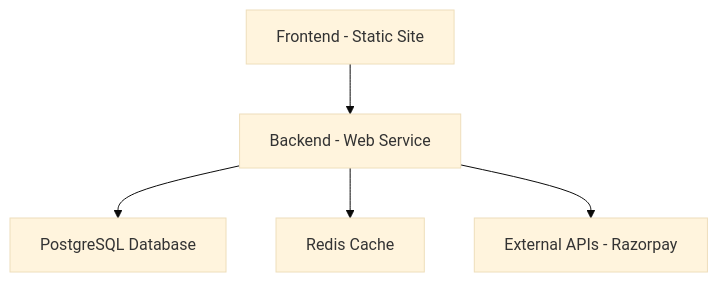
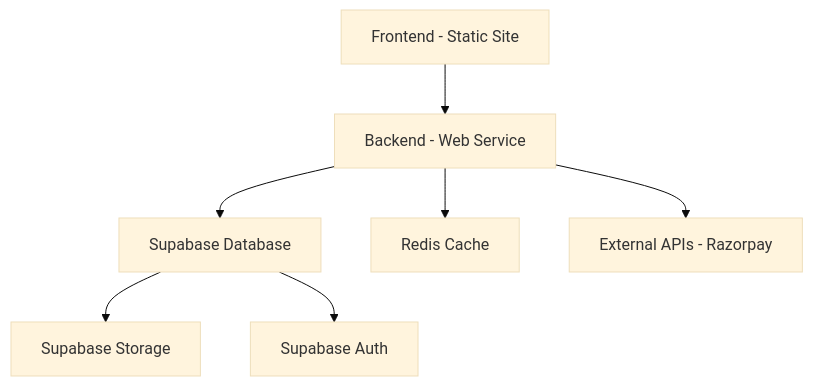
One commit to nir-anjan/FreelanceHub changed the diagram in DEPLOY_README.md. Above: the diagram before and after it, drawn with Mermaid (base theme). The commit also changed other lines of this file and 8 other files, not shown here.

````diff
--- a/DEPLOY_README.md
+++ b/DEPLOY_README.md
@@ -82,7 +86,9 @@
 ```mermaid
 graph TB
     A[Frontend - Static Site] --> B[Backend - Web Service]
-    B --> C[PostgreSQL Database]
+    B --> C[Supabase Database]
     B --> D[Redis Cache]
     B --> E[External APIs - Razorpay]
+    C --> F[Supabase Storage]
+    C --> G[Supabase Auth]
 ```
````
